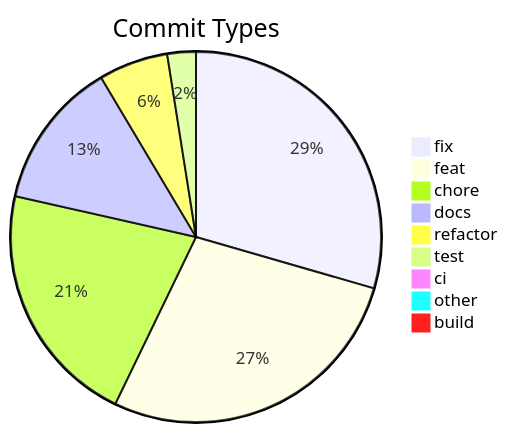
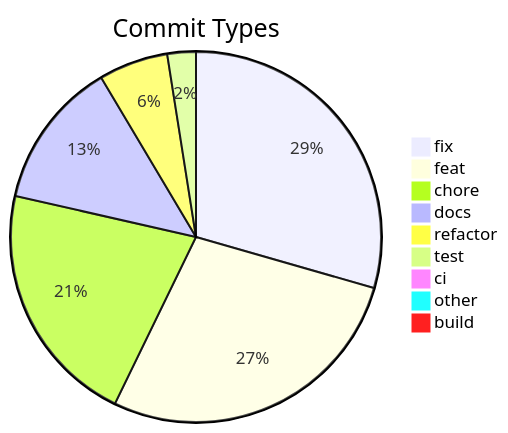
One commit to svenroth-ai/shipwright changed the diagram in .shipwright/compliance/change-history.md. Above: the diagram before and after it, drawn with Mermaid. The commit also changed other lines of this file and 16 other files, not shown here.

````diff
--- a/.shipwright/compliance/change-history.md
+++ b/.shipwright/compliance/change-history.md
@@ -8,12 +8,12 @@
 ```mermaid
 pie title Commit Types
     "fix" : 331
-    "feat" : 311
+    "feat" : 312
     "chore" : 240
     "docs" : 145
     "refactor" : 68
     "test" : 28
     "ci" : 11
     "other" : 9
     "build" : 1
 ```
````
